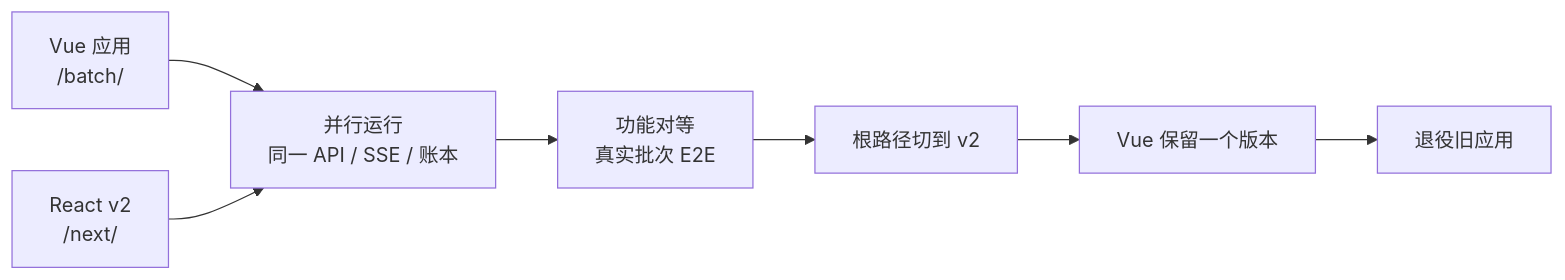
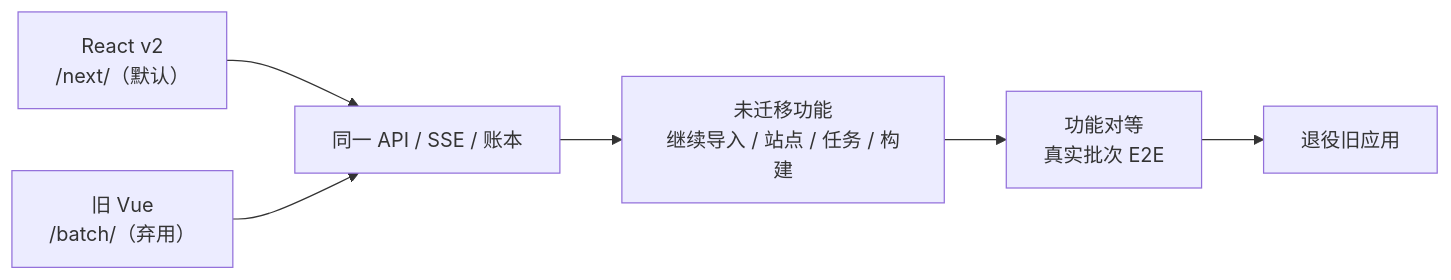
Before and after one commit to xuchaoxin1375/ai-ecom-crawler: the diagram in docs/adr/0012-前端v2技术栈与设计系统.md, drawn with Mermaid. The commit also changed other lines of this file and 25 other files, not shown here.

````diff
--- a/docs/adr/0012-前端v2技术栈与设计系统.md
+++ b/docs/adr/0012-前端v2技术栈与设计系统.md
@@ -103,9 +104,8 @@
 ```mermaid
 flowchart LR
-    V["Vue 应用<br>/batch/"] --> P["并行运行<br>同一 API / SSE / 账本"]
-    R["React v2<br>/next/"] --> P
-    P --> S["功能对等<br>真实批次 E2E"]
-    S --> C["根路径切到 v2"]
-    C --> D["Vue 保留一个版本"]
-    D --> E["退役旧应用"]
+    R["React v2<br>/next/（默认）"] --> P["同一 API / SSE / 账本"]
+    V["旧 Vue<br>/batch/（弃用）"] --> P
+    P --> S["未迁移功能<br>继续导入 / 站点 / 任务 / 构建"]
+    S --> C["功能对等<br>真实批次 E2E"]
+    C --> E["退役旧应用"]
 ```
````
